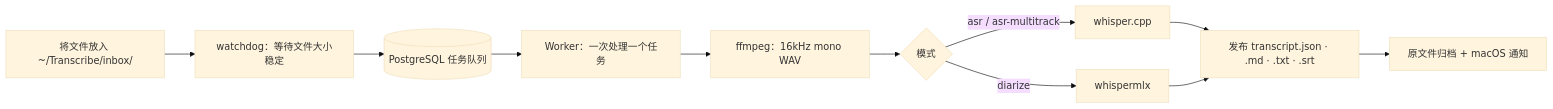
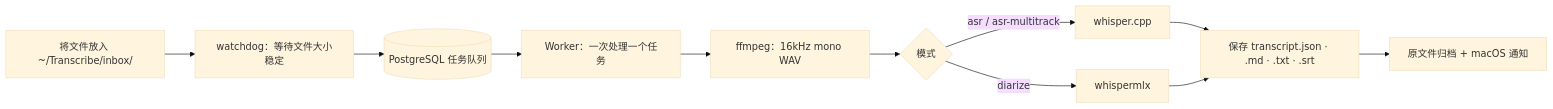
One commit to Chuseok22/transcribe-inbox changed the diagram in README.zh-CN.md. Above: the diagram before and after it, drawn with Mermaid (base theme). The commit also changed other lines of this file and 2 other files, not shown here.

````diff
--- a/README.zh-CN.md
+++ b/README.zh-CN.md
@@ -36,13 +36,13 @@
 ```mermaid
 flowchart LR
   A["将文件放入 ~/Transcribe/inbox/"] --> B["watchdog：等待文件大小稳定"]
   B --> C[("PostgreSQL 任务队列")]
   C --> D["Worker：一次处理一个任务"]
   D --> E["ffmpeg：16kHz mono WAV"]
   E --> F{"模式"}
   F -->|"asr / asr-multitrack"| G["whisper.cpp"]
   F -->|"diarize"| H["whispermlx"]
-  G --> I["发布 transcript.json · .md · .txt · .srt"]
+  G --> I["保存 transcript.json · .md · .txt · .srt"]
   H --> I
   I --> J["原文件归档 + macOS 通知"]
 ```
````
